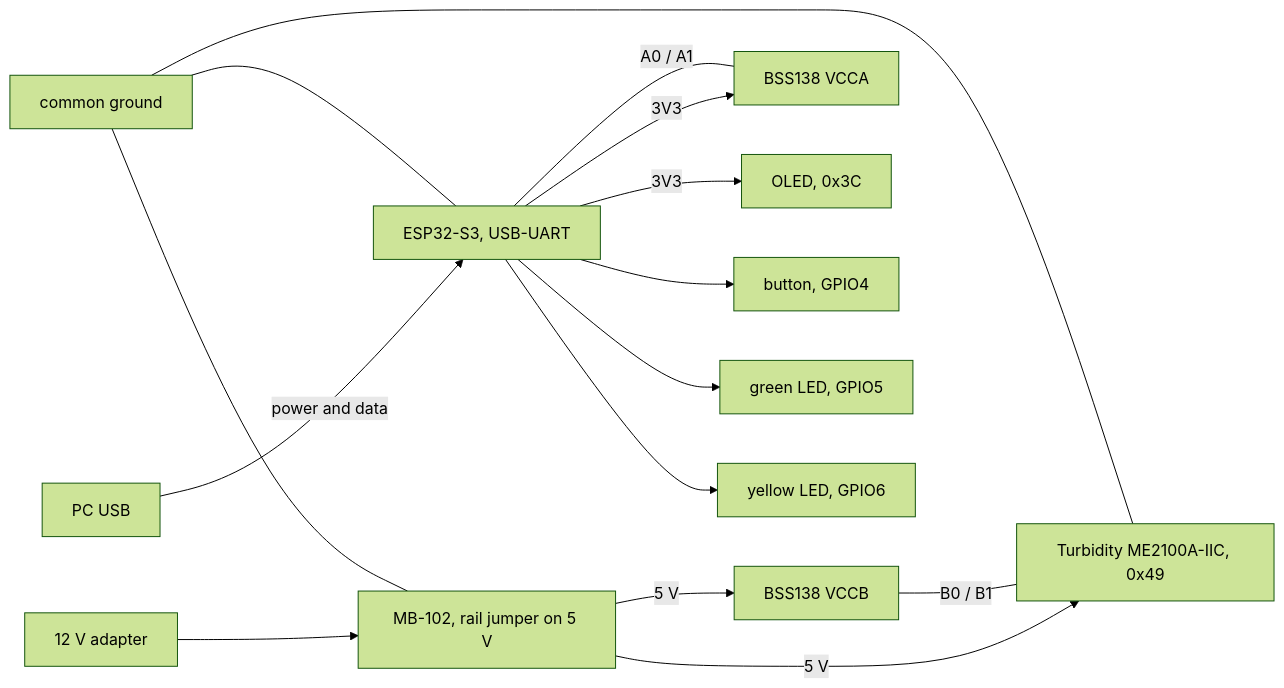
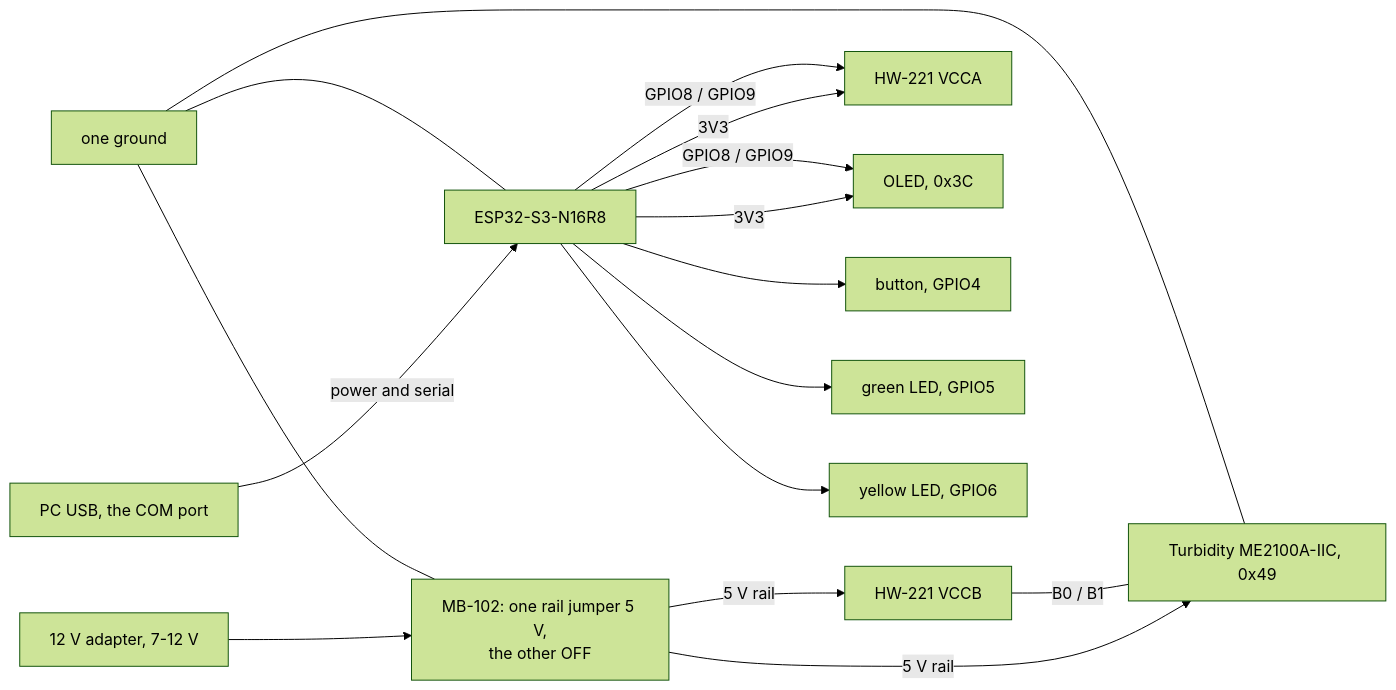
One commit to FrozenYty/aquavision changed the diagram in docs/procurement-en.md. Above: the diagram before and after it, drawn with Mermaid (forest theme). The commit also changed other lines of this file and 3 other files, not shown here.

````diff
--- a/docs/procurement-en.md
+++ b/docs/procurement-en.md
@@ -103,17 +107,18 @@
 ```mermaid
 flowchart LR
-  DC["12 V adapter"] --> MB["MB-102, rail jumper on 5 V"]
-  MB -->|"5 V"| S["Turbidity ME2100A-IIC, 0x49"]
-  MB -->|"5 V"| HV["BSS138 VCCB"]
+  DC["12 V adapter, 7-12 V"] --> MB["MB-102: one rail jumper 5 V,<br/>the other OFF"]
+  MB -->|"5 V rail"| S["Turbidity ME2100A-IIC, 0x49"]
+  MB -->|"5 V rail"| HV["HW-221 VCCB"]
   HV ---|"B0 / B1"| S
-  PC["PC USB"] -->|"power and data"| ESP["ESP32-S3, USB-UART"]
-  ESP -->|"3V3"| LV["BSS138 VCCA"]
+  PC["PC USB, the COM port"] -->|"power and serial"| ESP["ESP32-S3-N16R8"]
+  ESP -->|"3V3"| LV["HW-221 VCCA"]
   ESP -->|"3V3"| OLED["OLED, 0x3C"]
-  LV ---|"A0 / A1"| ESP
+  ESP -->|"GPIO8 / GPIO9"| LV
+  ESP -->|"GPIO8 / GPIO9"| OLED
   ESP --> B["button, GPIO4"]
   ESP --> L1["green LED, GPIO5"]
   ESP --> L2["yellow LED, GPIO6"]
-  GND["common ground"] --- MB
+  GND["one ground"] --- MB
   GND --- ESP
   GND --- S
 ```
````
